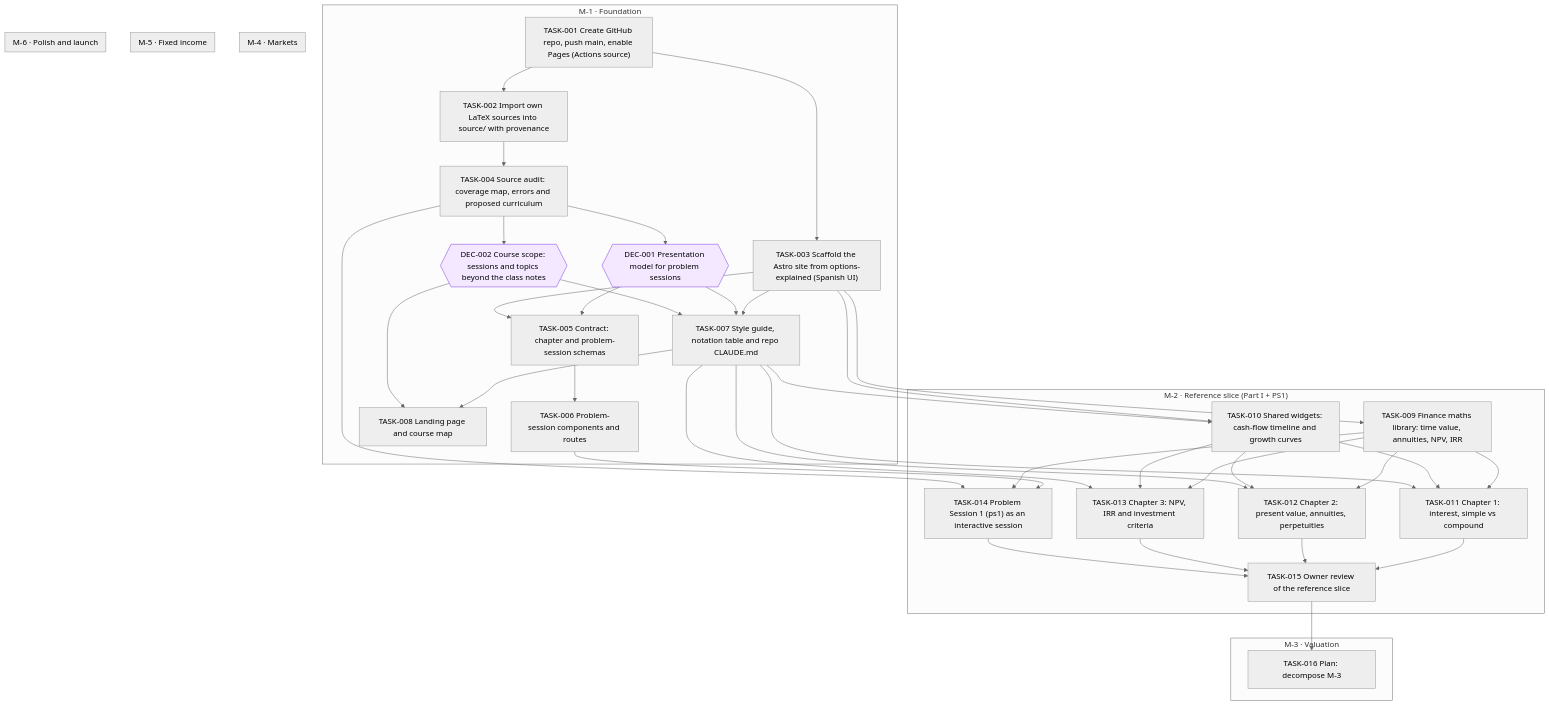
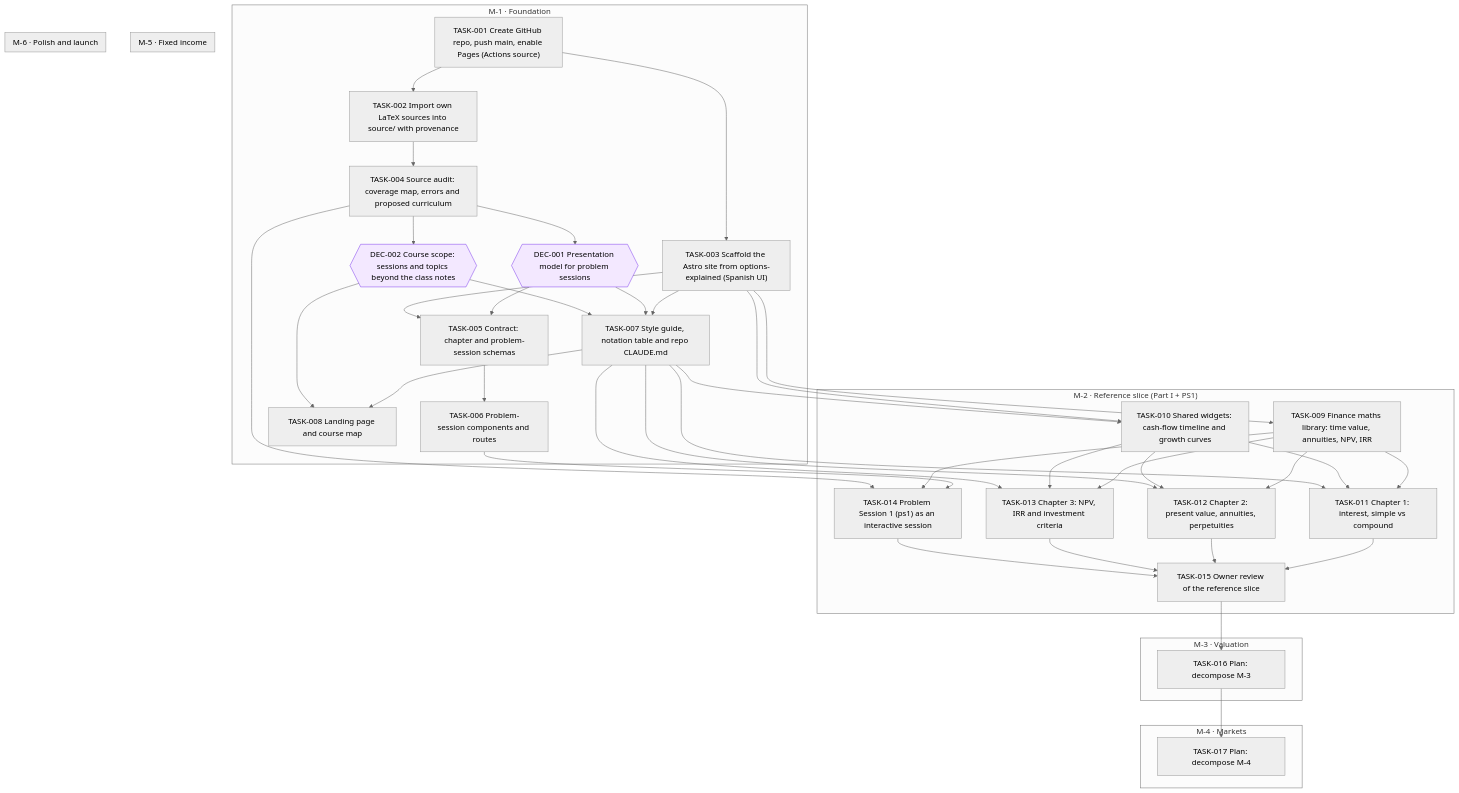
Before and after one commit to jesusvillota/economia-financiera: the diagram in goals/course-site/README.md, drawn with Mermaid (neutral theme). The commit also changed 1 other file, not shown here.

Commit message:
goal(course-site): add TASK-017 Plan: decompose M-4

````diff
--- a/goals/course-site/README.md
+++ b/goals/course-site/README.md
@@ -19,71 +19,73 @@
 ```mermaid
 flowchart TD
   subgraph M_1["M-1 · Foundation"]
     DEC_001{{"DEC-001 Presentation model for problem sessions"}}
     DEC_002{{"DEC-002 Course scope: sessions and topics beyond the class notes"}}
     TASK_001["TASK-001 Create GitHub repo, push main, enable Pages (Actions source)"]
     TASK_002["TASK-002 Import own LaTeX sources into source/ with provenance"]
     TASK_003["TASK-003 Scaffold the Astro site from options-explained (Spanish UI)"]
     TASK_004["TASK-004 Source audit: coverage map, errors and proposed curriculum"]
     TASK_005["TASK-005 Contract: chapter and problem-session schemas"]
     TASK_006["TASK-006 Problem-session components and routes"]
     TASK_007["TASK-007 Style guide, notation table and repo CLAUDE.md"]
     TASK_008["TASK-008 Landing page and course map"]
   end
   subgraph M_2["M-2 · Reference slice (Part I + PS1)"]
     TASK_009["TASK-009 Finance maths library: time value, annuities, NPV, IRR"]
     TASK_010["TASK-010 Shared widgets: cash-flow timeline and growth curves"]
     TASK_011["TASK-011 Chapter 1: interest, simple vs compound"]
     TASK_012["TASK-012 Chapter 2: present value, annuities, perpetuities"]
     TASK_013["TASK-013 Chapter 3: NPV, IRR and investment criteria"]
     TASK_014["TASK-014 Problem Session 1 (ps1) as an interactive session"]
     TASK_015["TASK-015 Owner review of the reference slice"]
   end
   subgraph M_3["M-3 · Valuation"]
     TASK_016["TASK-016 Plan: decompose M-3"]
   end
   subgraph M_4["M-4 · Markets"]
+    TASK_017["TASK-017 Plan: decompose M-4"]
   end
   subgraph M_5["M-5 · Fixed income"]
   end
   subgraph M_6["M-6 · Polish and launch"]
   end
   TASK_004 --> DEC_001
   TASK_004 --> DEC_002
   TASK_001 --> TASK_002
   TASK_001 --> TASK_003
   TASK_002 --> TASK_004
   DEC_001 --> TASK_005
   TASK_003 --> TASK_005
   TASK_005 --> TASK_006
   TASK_003 --> TASK_007
   DEC_001 --> TASK_007
   DEC_002 --> TASK_007
   TASK_007 --> TASK_008
   DEC_002 --> TASK_008
   TASK_003 --> TASK_009
   TASK_003 --> TASK_010
   TASK_007 --> TASK_010
   TASK_009 --> TASK_011
   TASK_010 --> TASK_011
   TASK_007 --> TASK_011
   TASK_009 --> TASK_012
   TASK_010 --> TASK_012
   TASK_007 --> TASK_012
   TASK_009 --> TASK_013
   TASK_010 --> TASK_013
   TASK_007 --> TASK_013
   TASK_006 --> TASK_014
   TASK_009 --> TASK_014
   TASK_004 --> TASK_014
   TASK_011 --> TASK_015
   TASK_012 --> TASK_015
   TASK_013 --> TASK_015
   TASK_014 --> TASK_015
   TASK_015 --> TASK_016
+  TASK_016 --> TASK_017
   classDef draft stroke-dasharray: 4 3
   classDef cancelled opacity:0.45
   classDef decision fill:#f3e8ff,stroke:#7c3aed
   class DEC_001 decision
   class DEC_002 decision
 ```
````
